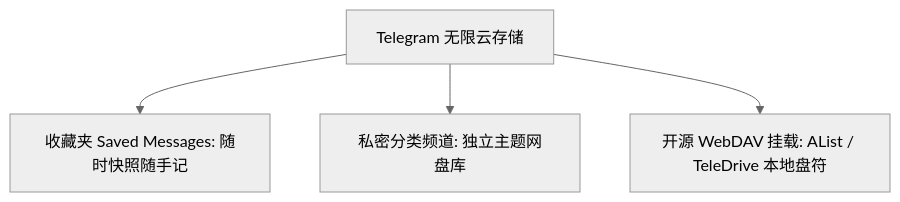
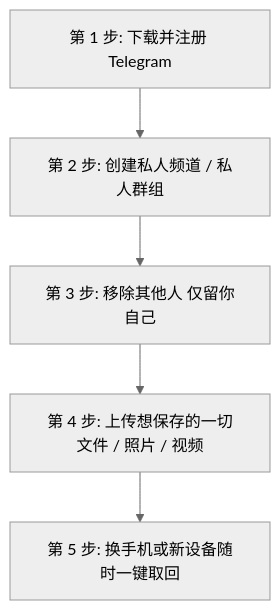
One commit to mjiagou/tgwiki changed the diagram in src/storage-cloud.md. Above: the diagram before and after it, drawn with Mermaid (neutral theme). The commit also changed other lines of this file and 1 other file, not shown here.

````diff
--- a/src/storage-cloud.md
+++ b/src/storage-cloud.md
@@ -43,6 +34,7 @@
 ```mermaid
 graph TD
-    A[Telegram 无限云存储] --> B[收藏夹 Saved Messages: 随时快照随手记]
-    A --> C[私密分类频道: 独立主题网盘库]
-    A --> D[开源 WebDAV 挂载: AList / TeleDrive 本地盘符]
+    A[第 1 步: 下载并注册 Telegram] --> B[第 2 步: 创建私人频道 / 私人群组]
+    B --> C[第 3 步: 移除其他人 仅留你自己]
+    C --> D[第 4 步: 上传想保存的一切文件 / 照片 / 视频]
+    D --> E[第 5 步: 换手机或新设备随时一键取回]
 ```
````
